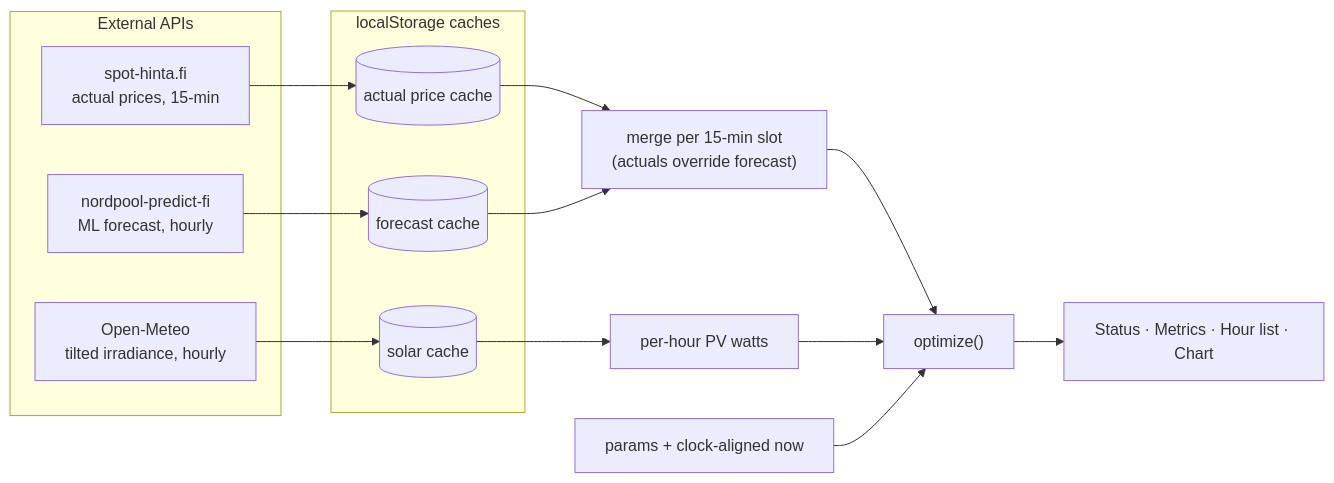
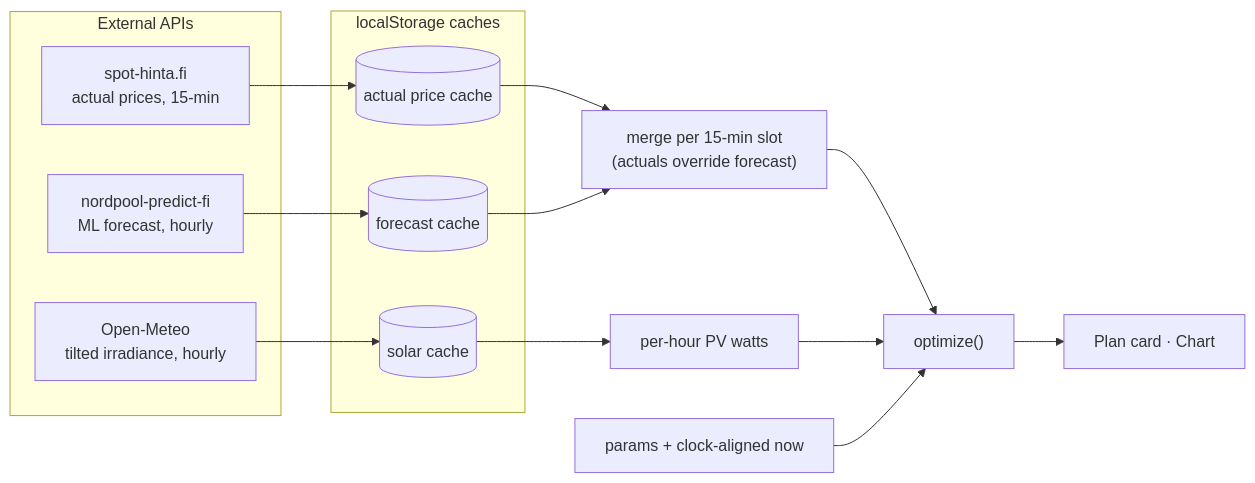
One commit to ltpk/charging-optimizer changed the first of 3 diagrams in README.md. Above: the diagram before and after it, drawn with Mermaid. The commit also changed other lines of this file and 14 other files, not shown here.

First line of the commit message:
Rework layout: plan card first, setup dialog, single charging window (#26)

````diff
--- a/README.md
+++ b/README.md
@@ -38,23 +37,23 @@
 ```mermaid
 flowchart LR
   subgraph ext[External APIs]
     SH["spot-hinta.fi<br>actual prices, 15-min"]
     NP["nordpool-predict-fi<br>ML forecast, hourly"]
     OM["Open-Meteo<br>tilted irradiance, hourly"]
   end
   subgraph ls[localStorage caches]
     CA[("actual price cache")]
     CF[("forecast cache")]
     CS[("solar cache")]
   end
   SH --> CA
   NP --> CF
   OM --> CS
   CA --> MERGE["merge per 15-min slot<br>(actuals override forecast)"]
   CF --> MERGE
   CS --> PV["per-hour PV watts"]
   MERGE --> OPT["optimize()"]
   PV --> OPT
   UIIN["params + clock-aligned now"] --> OPT
-  OPT --> UI["Status · Metrics · Hour list · Chart"]
+  OPT --> UI["Plan card · Chart"]
 ```
````
